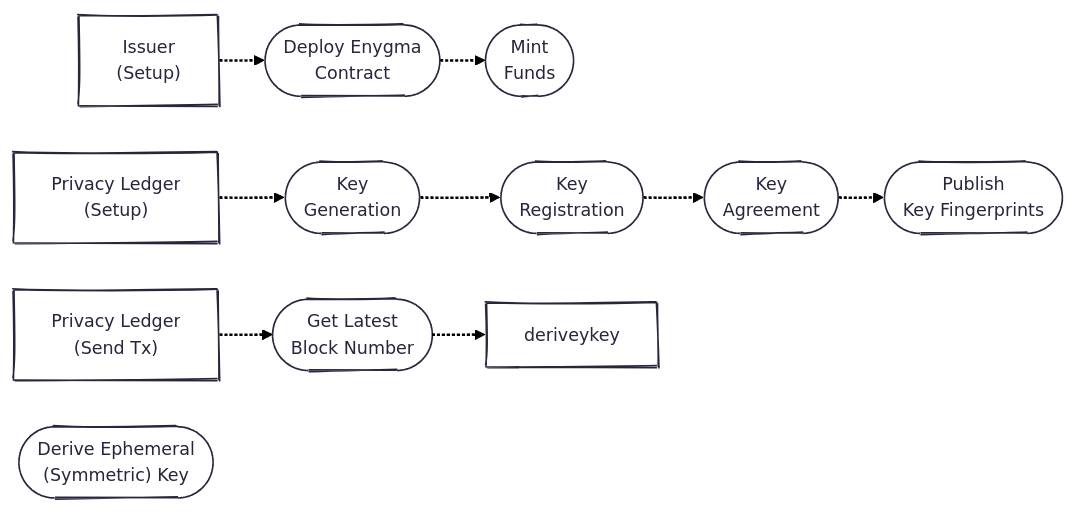
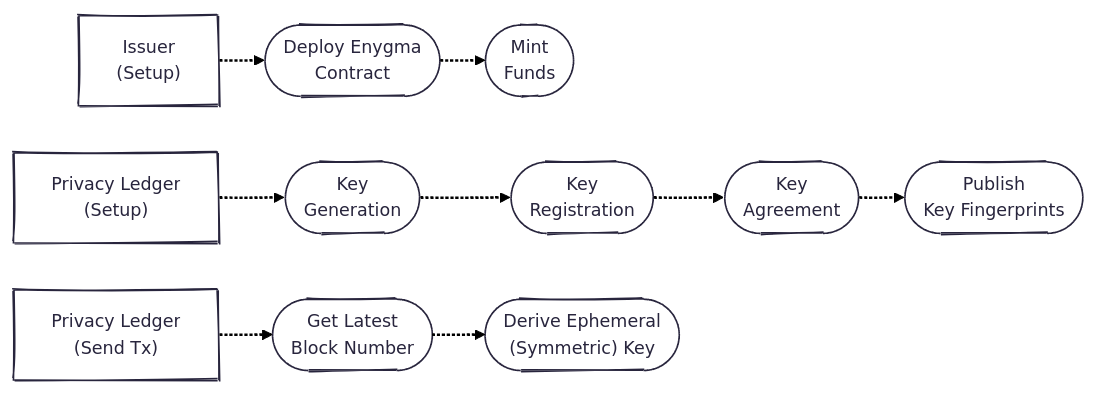
One commit to raylsnetwork/Enygma changed the diagram in enygma_payments/protocol_description.md. Above: the diagram before and after it, drawn with Mermaid.

````diff
--- a/enygma_payments/protocol_description.md
+++ b/enygma_payments/protocol_description.md
@@ -3,27 +3,27 @@
 ```mermaid
 ---
 config:
   theme: redux
   layout: elk
   look: handDrawn
 ---
 flowchart LR
     i_setup["Issuer<br>(Setup)"]
     deploy(["Deploy Enygma<br>Contract"])
     mint(["Mint<br>Funds"])
 
     pl_setup["Privacy Ledger<br>(Setup)"]
     keygen(["Key<br>Generation"])
     register(["Key<br>Registration"])
     kem(["Key<br>Agreement"])
     publish(["Publish<br>Key Fingerprints"])
 
     pl_send["Privacy Ledger<br>(Send Tx)"]
     getblock(["Get Latest<br>Block Number"])
     derivekey(["Derive Ephemeral<br>(Symmetric) Key"])
 
     i_setup -.-> deploy -.-> mint
     pl_setup -.-> keygen -.-> register -.-> kem -.-> publish
 
-    pl_send -.-> getblock -.-> deriveykey
+    pl_send -.-> getblock -.-> derivekey
 ```
````
